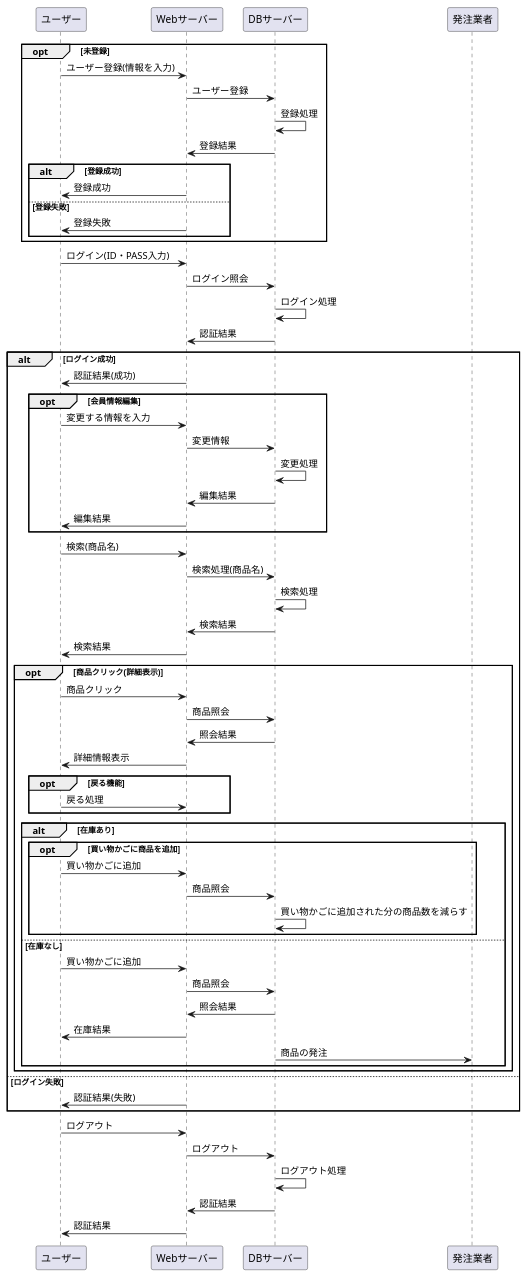
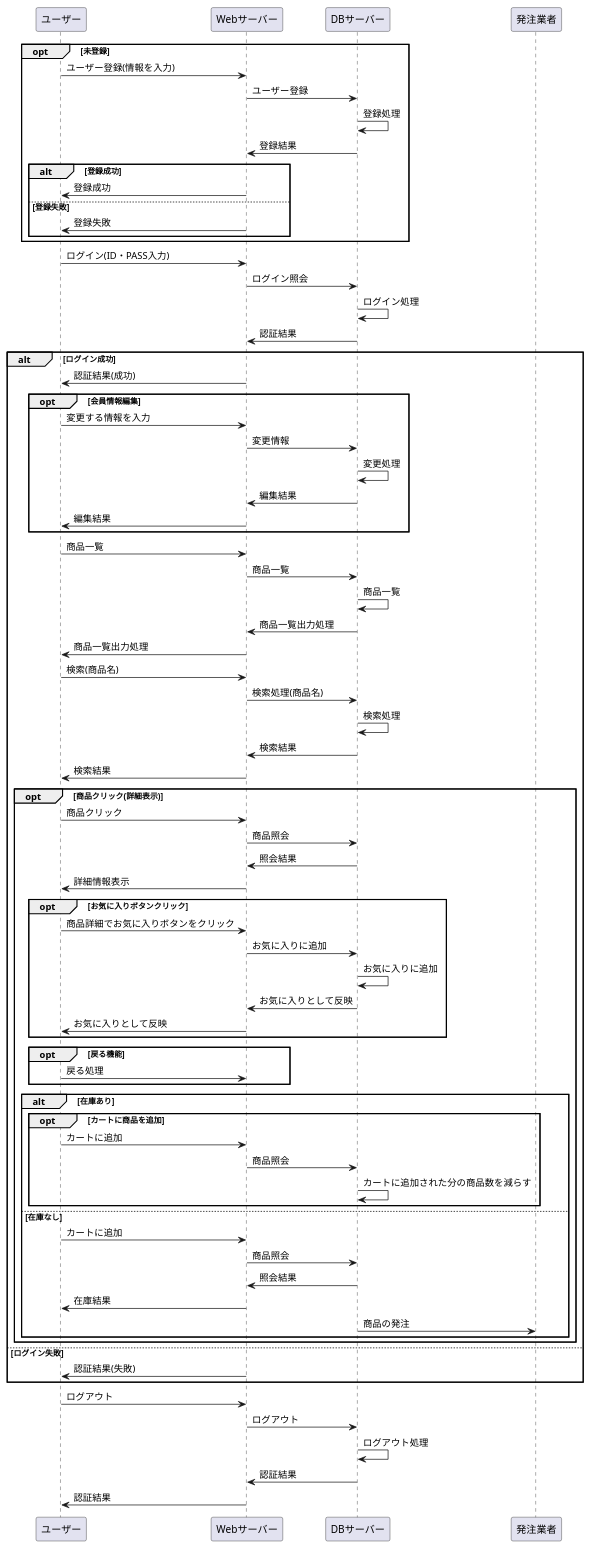
Before and after one commit to aso2001153/team: the diagram in 業務フロー.md, drawn with PlantUML.

```diff
--- a/業務フロー.md
+++ b/業務フロー.md
@@ -28,6 +28,12 @@
 Webサーバー -> ユーザー : 編集結果
 end
 
+ユーザー -> Webサーバー : 商品一覧
+Webサーバー -> DBサーバー : 商品一覧
+DBサーバー -> DBサーバー : 商品一覧
+DBサーバー -> Webサーバー : 商品一覧出力処理
+Webサーバー -> ユーザー : 商品一覧出力処理
+
 ユーザー -> Webサーバー : 検索(商品名)
 Webサーバー -> DBサーバー : 検索処理(商品名)
 DBサーバー -> DBサーバー : 検索処理
@@ -39,17 +45,26 @@
 Webサーバー -> DBサーバー : 商品照会
 DBサーバー -> Webサーバー : 照会結果
 Webサーバー -> ユーザー : 詳細情報表示
+
+opt お気に入りボタンクリック
+ユーザー -> Webサーバー : 商品詳細でお気に入りボタンをクリック
+Webサーバー -> DBサーバー :お気に入りに追加
+DBサーバー -> DBサーバー : お気に入りに追加
+DBサーバー -> Webサーバー : お気に入りとして反映
+Webサーバー -> ユーザー : お気に入りとして反映
+end
+
 opt 戻る機能
 ユーザー -> Webサーバー : 戻る処理
 end
 alt 在庫あり
-opt 買い物かごに商品を追加
-ユーザー -> Webサーバー : 買い物かごに追加
+opt カートに商品を追加
+ユーザー -> Webサーバー : カートに追加
 Webサーバー -> DBサーバー : 商品照会
-DBサーバー -> DBサーバー : 買い物かごに追加された分の商品数を減らす
+DBサーバー -> DBサーバー : カートに追加された分の商品数を減らす
 end
 else 在庫なし
-ユーザー -> Webサーバー : 買い物かごに追加
+ユーザー -> Webサーバー : カートに追加
 Webサーバー -> DBサーバー : 商品照会
 DBサーバー -> Webサーバー : 照会結果
 Webサーバー -> ユーザー : 在庫結果
```
